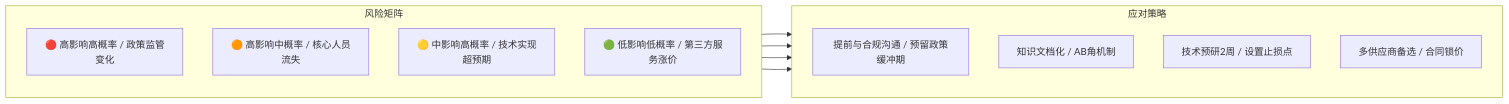
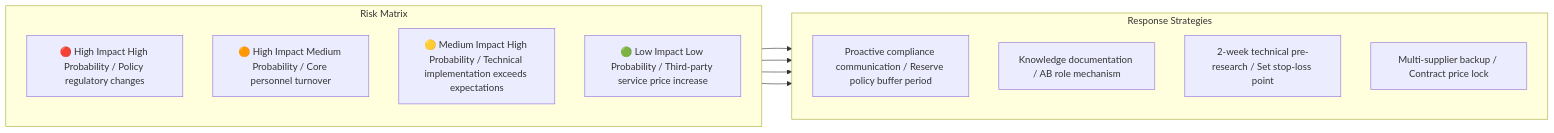
One commit to Kirky-X/cangjie changed diagram 17 of 18 in templates/产品/战略层/【模板】市场需求文档.md. Above: the diagram before and after it, drawn with Mermaid. The commit also changed other lines of this file and 46 other files, not shown here.

````diff
--- a/templates/产品/战略层/【模板】市场需求文档.md
+++ b/templates/产品/战略层/【模板】市场需求文档.md
@@ -755,23 +755,23 @@
 ```mermaid
 flowchart LR
-    subgraph 风险矩阵
+    subgraph Risk Matrix
         direction TB
-        R1[🔴 高影响高概率 / 政策监管变化]
-        R2[🟠 高影响中概率 / 核心人员流失]
-        R3[🟡 中影响高概率 / 技术实现超预期]
-        R4[🟢 低影响低概率 / 第三方服务涨价]
+        R1[🔴 High Impact High Probability / Policy regulatory changes]
+        R2[🟠 High Impact Medium Probability / Core personnel turnover]
+        R3[🟡 Medium Impact High Probability / Technical implementation exceeds expectations]
+        R4[🟢 Low Impact Low Probability / Third-party service price increase]
     end
 
-    subgraph 应对策略
+    subgraph Response Strategies
         direction TB
-        S1[提前与合规沟通 / 预留政策缓冲期]
-        S2[知识文档化 / AB角机制]
-        S3[技术预研2周 / 设置止损点]
-        S4[多供应商备选 / 合同锁价]
+        S1[Proactive compliance communication / Reserve policy buffer period]
+        S2[Knowledge documentation / AB role mechanism]
+        S3[2-week technical pre-research / Set stop-loss point]
+        S4[Multi-supplier backup / Contract price lock]
     end
 
     R1 --> S1
     R2 --> S2
     R3 --> S3
     R4 --> S4
 ```
````
